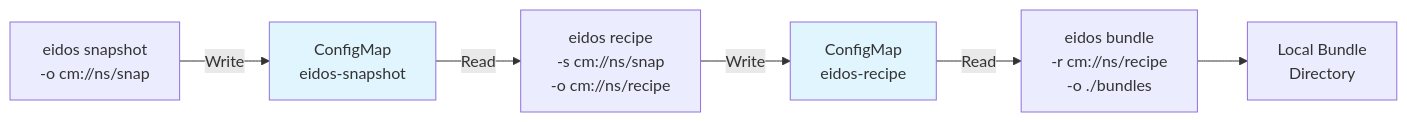
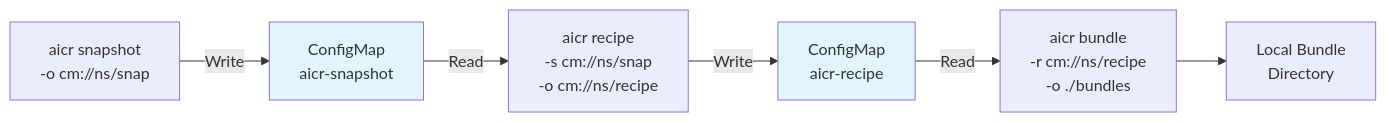
One commit to hkii/aicr changed the second of 17 diagrams in docs/contributor/cli.md. Above: the diagram before and after it, drawn with Mermaid. The commit also changed other lines of this file and 381 other files, not shown here.

First line of the commit message:
rename: eidos → aicr (AI Cluster Runtime)

````diff
--- a/docs/contributor/cli.md
+++ b/docs/contributor/cli.md
@@ -183,15 +183,15 @@
 ```mermaid
 flowchart LR
-    A["eidos snapshot<br/>-o cm://ns/snap"] -->|"Write"| CM1["ConfigMap<br/>eidos-snapshot"]
+    A["aicr snapshot<br/>-o cm://ns/snap"] -->|"Write"| CM1["ConfigMap<br/>aicr-snapshot"]
     
-    CM1 -->|"Read"| B["eidos recipe<br/>-s cm://ns/snap<br/>-o cm://ns/recipe"]
+    CM1 -->|"Read"| B["aicr recipe<br/>-s cm://ns/snap<br/>-o cm://ns/recipe"]
     
-    B -->|"Write"| CM2["ConfigMap<br/>eidos-recipe"]
+    B -->|"Write"| CM2["ConfigMap<br/>aicr-recipe"]
     
-    CM2 -->|"Read"| C["eidos bundle<br/>-r cm://ns/recipe<br/>-o ./bundles"]
+    CM2 -->|"Read"| C["aicr bundle<br/>-r cm://ns/recipe<br/>-o ./bundles"]
     
     C --> D["Local Bundle<br/>Directory"]
     
     style CM1 fill:#e1f5ff
     style CM2 fill:#e1f5ff
 ```
````
